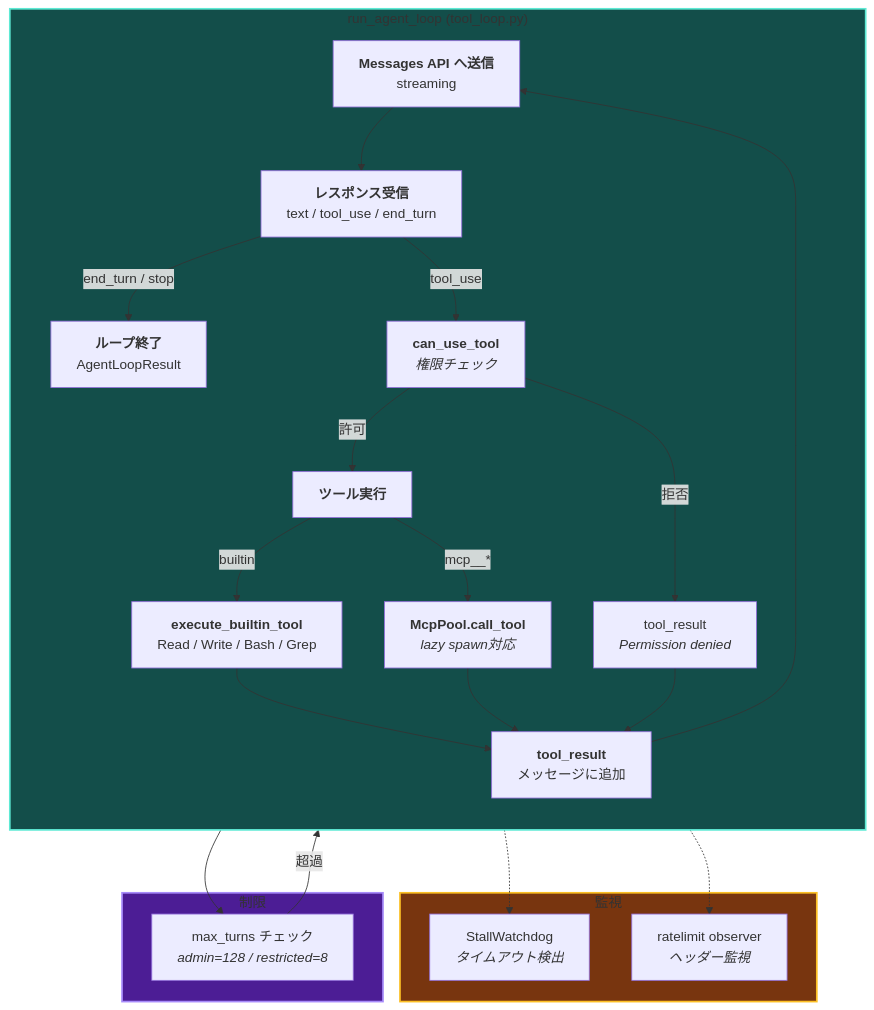
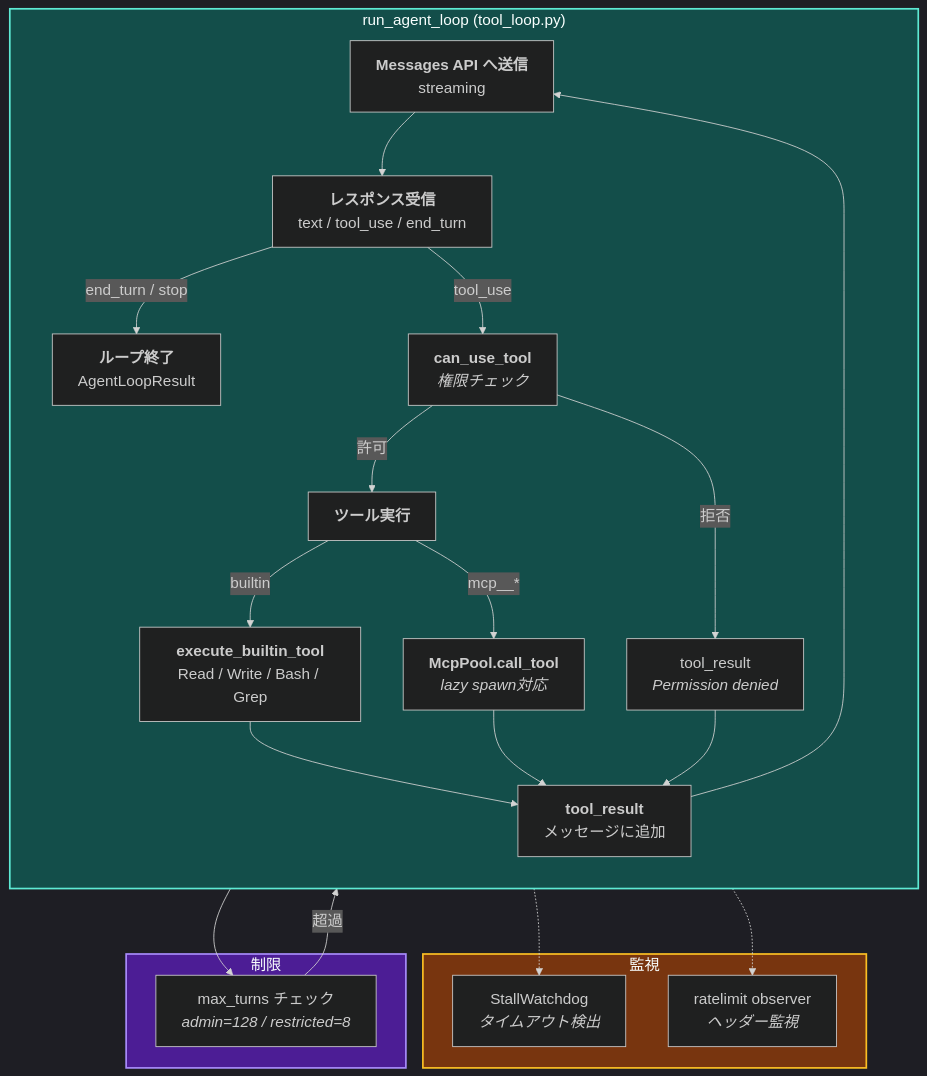
One commit to haroin57/haroin57.com changed the fourth of 6 diagrams in content/products/discord-bot.md. Above: the diagram before and after it, drawn with Mermaid.

Commit message:
fix: Layer 4のMermaidフォントサイズを18pxに拡大

````diff
--- a/content/products/discord-bot.md
+++ b/content/products/discord-bot.md
@@ -694,54 +694,60 @@
 ```mermaid
+---
+config:
+  theme: dark
+  themeVariables:
+    fontSize: 18px
+---
 flowchart TB
     subgraph Loop["run_agent_loop (tool_loop.py)"]
         direction TB
         SEND["`**Messages API へ送信**
         streaming`"]
         RECV["`**レスポンス受信**
         text / tool_use / end_turn`"]
 
         SEND --> RECV
 
         RECV -->|end_turn / stop| DONE["`**ループ終了**
         AgentLoopResult`"]
         RECV -->|tool_use| GATE["`**can_use_tool**
         *権限チェック*`"]
         
         GATE -->|許可| EXEC["`**ツール実行**`"]
         GATE -->|拒否| SKIP["`tool_result
         *Permission denied*`"]
 
         EXEC -->|builtin| BUILTIN["`**execute_builtin_tool**
         Read / Write / Bash / Grep`"]
         EXEC -->|mcp__*| MCPTOOL["`**McpPool.call_tool**
         *lazy spawn対応*`"]
 
         BUILTIN --> RESULT["`**tool_result**
         メッセージに追加`"]
         MCPTOOL --> RESULT
         SKIP --> RESULT
         RESULT --> SEND
     end
 
     subgraph Watch["監視"]
         STALL["`StallWatchdog
         *タイムアウト検出*`"]
         RL["`ratelimit observer
         *ヘッダー監視*`"]
     end
 
     SEND -.-> STALL
     RECV -.-> RL
 
     subgraph Limits["制限"]
         MAX["`max_turns チェック
         *admin=128 / restricted=8*`"]
     end
 
     RESULT --> MAX
     MAX -->|超過| DONE
 
     style Loop fill:#134e4a,stroke:#5eead4,stroke-width:2px
     style Watch fill:#78350f,stroke:#fbbf24,stroke-width:2px
     style Limits fill:#4c1d95,stroke:#a78bfa,stroke-width:2px
 ```
````
